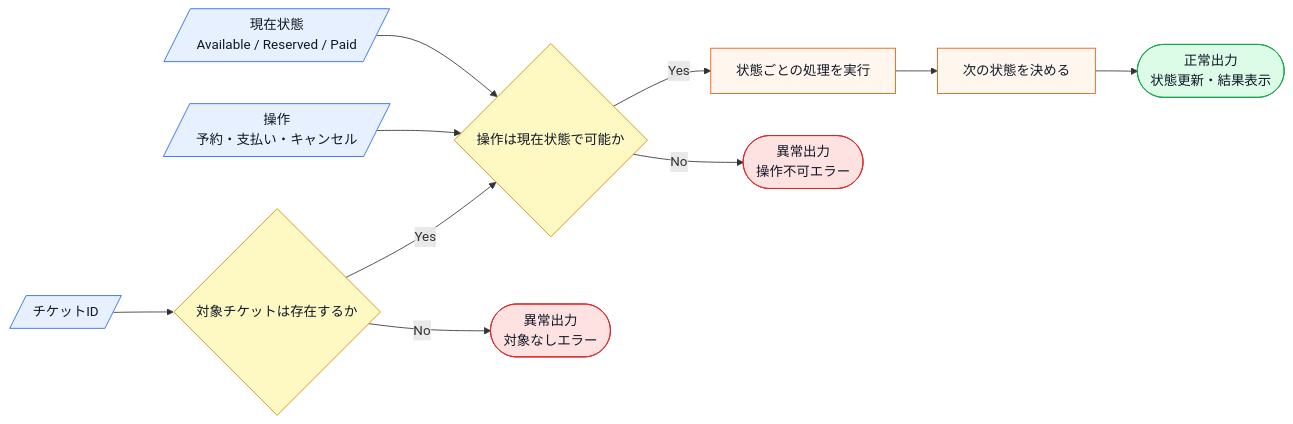
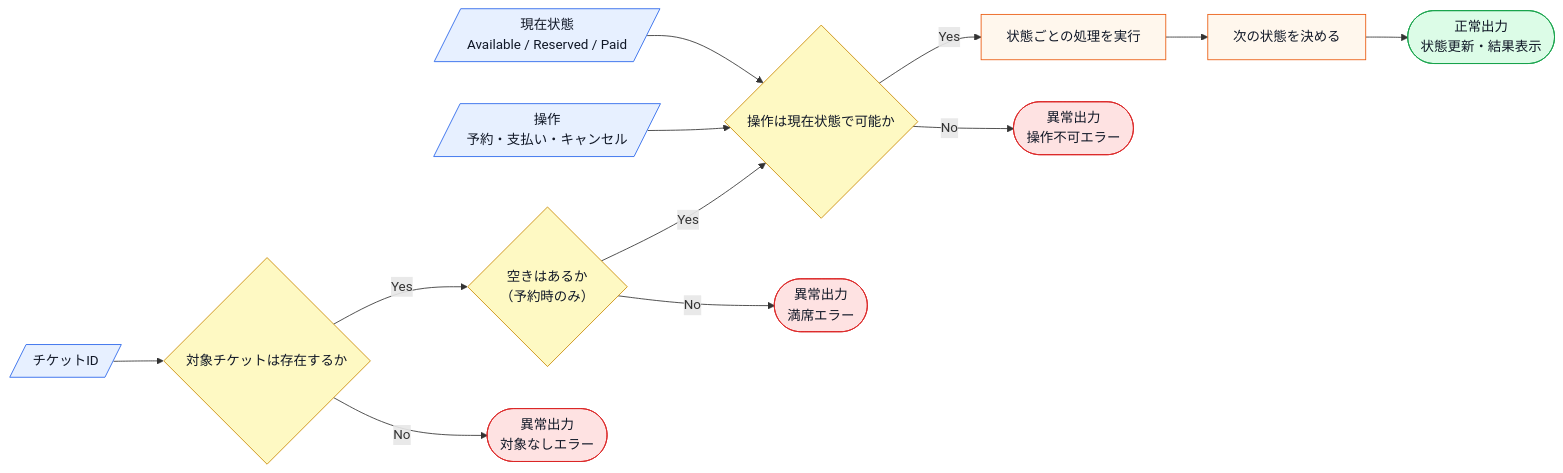
One commit to kumachan1101-pixel/DesignPattern changed the first of 10 diagrams in kindle/design-patterns/output/chapter03.md. Above: the diagram before and after it, drawn with Mermaid. The commit also changed other lines of this file and 1 other file, not shown here.

````diff
--- a/kindle/design-patterns/output/chapter03.md
+++ b/kindle/design-patterns/output/chapter03.md
@@ -33,18 +33,20 @@
 ```mermaid
 flowchart LR
     A[/現在状態<br>Available / Reserved / Paid/]:::input --> B{操作は現在状態で可能か}:::decision
     C[/操作<br>予約・支払い・キャンセル/]:::input --> B
     D[/チケットID/]:::input --> E{対象チケットは存在するか}:::decision
-    E -->|Yes| B
+    E -->|Yes| K{空きはあるか<br>（予約時のみ）}:::decision
+    K -->|Yes| B
     B -->|Yes| F[状態ごとの処理を実行]:::process
     F --> G[次の状態を決める]:::process
     G --> H([正常出力<br>状態更新・結果表示]):::normal
     E -->|No| I([異常出力<br>対象なしエラー]):::error
+    K -->|No| L([異常出力<br>満席エラー]):::error
     B -->|No| J([異常出力<br>操作不可エラー]):::error
 
     classDef input fill:#e7f0ff,stroke:#2563eb,color:#111827;
     classDef process fill:#fff7ed,stroke:#ea580c,color:#111827;
     classDef decision fill:#fef9c3,stroke:#ca8a04,color:#111827;
     classDef normal fill:#dcfce7,stroke:#16a34a,color:#111827;
     classDef error fill:#fee2e2,stroke:#dc2626,color:#111827;
 ```
````
